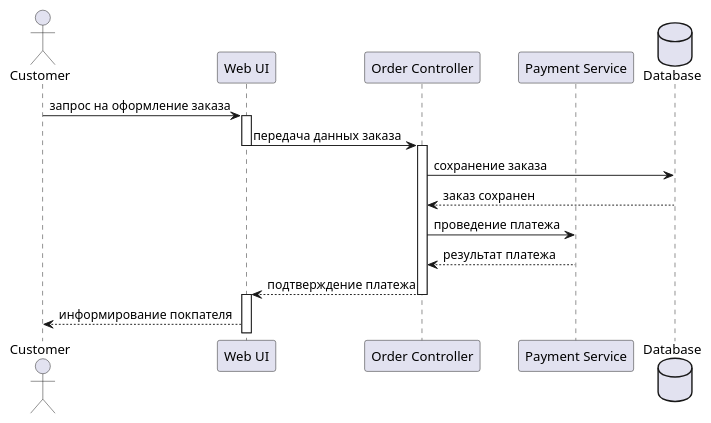
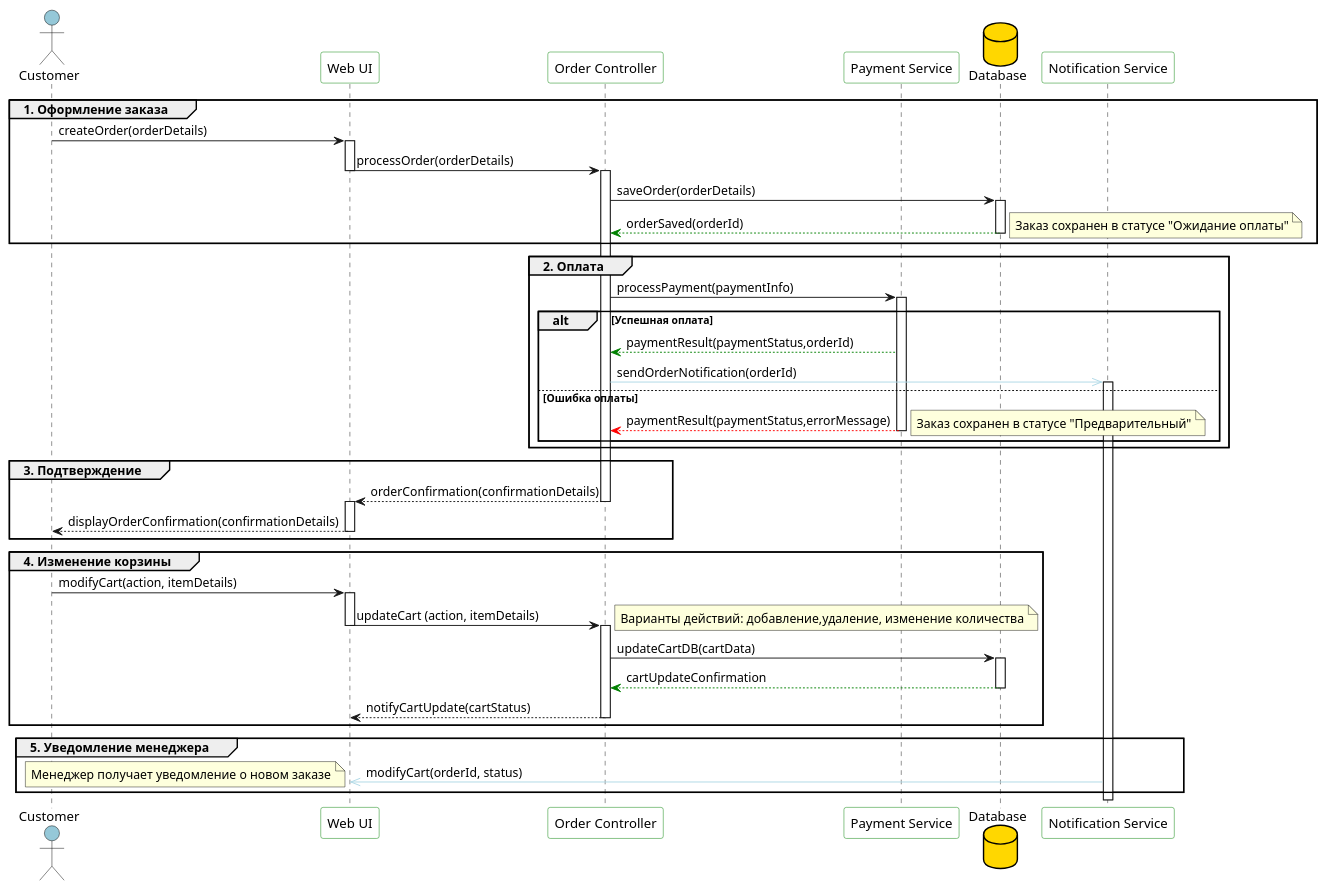
The diagram in sequence/Визуализация_практическое_задание_5.puml (SilverRoom/uml-diagrams), drawn with PlantUML before and after one commit.

Commit message:
Доработана диаграмма для задания 5 Визуализация

```diff
--- a/sequence/Визуализация_практическое_задание_5.puml
+++ b/sequence/Визуализация_практическое_задание_5.puml
@@ -1,23 +1,91 @@
 @startuml  
+skinparam actor {
+BackgroundColor #95C8D8
+BorderColor Black 
+}
+skinparam participant {
+BackgroundColor #FFF
+BorderColor Green
+}
+skinparam database {
+BackgroundColor #FFD700
+BorderColor Black
+}
+skinparam sequenceMessageAlign left
+
 actor Customer as CU
 participant "Web UI" as WU
 participant "Order Controller" as OC
 participant "Payment Service" as PS
 database Database as DB
-  
-CU -> WU : запрос на оформление заказа 
-activate WU  
-  
-WU -> OC : передача данных заказа  
-deactivate WU  
-activate OC  
-OC -> DB : сохранение заказа 
-DB --> OC : заказ сохранен 
-OC -> PS : проведение платежа 
-PS --> OC : результат платежа
-OC --> WU : подтверждение платежа
-deactivate OC 
-activate WU
-WU --> CU : информирование покпателя    
+participant "Notification Service" as NS
 
+
+group 1. Оформление заказа  
+    CU -> WU : createOrder(orderDetails)
+    activate WU  
+    WU -> OC : processOrder(orderDetails)  
+    deactivate WU  
+
+    activate OC  
+    OC -> DB : saveOrder(orderDetails)
+    activate DB 
+    DB -[#green]-> OC : orderSaved(orderId) 
+    note right
+    Заказ сохранен в статусе "Ожидание оплаты"
+    end note
+    deactivate DB
+
+end
+group 2. Оплата 
+    OC -> PS : processPayment(paymentInfo)
+    activate PS 
+    alt Успешная оплата
+        PS -[#green]-> OC : paymentResult(paymentStatus,orderId)
+        OC [#lightblue]->> NS : sendOrderNotification(orderId)
+        activate NS
+    else Ошибка оплаты
+        PS -[#red]-> OC : paymentResult(paymentStatus,errorMessage)
+        note right
+        Заказ сохранен в статусе "Предварительный"
+        end note
+        deactivate PS
+    end
+end
+group 3. Подтверждение 
+    OC --> WU : orderConfirmation(confirmationDetails)
+    deactivate OC 
+
+    activate WU
+    WU --> CU : displayOrderConfirmation(confirmationDetails)  
+    deactivate WU 
+end
+
+group 4. Изменение корзины 
+    CU -> WU : modifyCart(action, itemDetails)
+    activate WU  
+    WU -> OC : updateCart (action, itemDetails)
+    note right
+    Варианты действий: добавление,удаление, изменение количества
+    end note
+    deactivate WU  
+
+    activate OC  
+    OC -> DB : updateCartDB(cartData)
+    activate DB 
+    DB -[#green]-> OC : cartUpdateConfirmation
+    deactivate DB
+    OC --> WU : notifyCartUpdate(cartStatus)
+
+    deactivate OC
+end
+
+
+group 5. Уведомление менеджера 
+    NS [#lightblue]->> WU : modifyCart(orderId, status)
+    note left
+    Менеджер получает уведомление о новом заказе
+    end note
+
+end
 @enduml 
```
